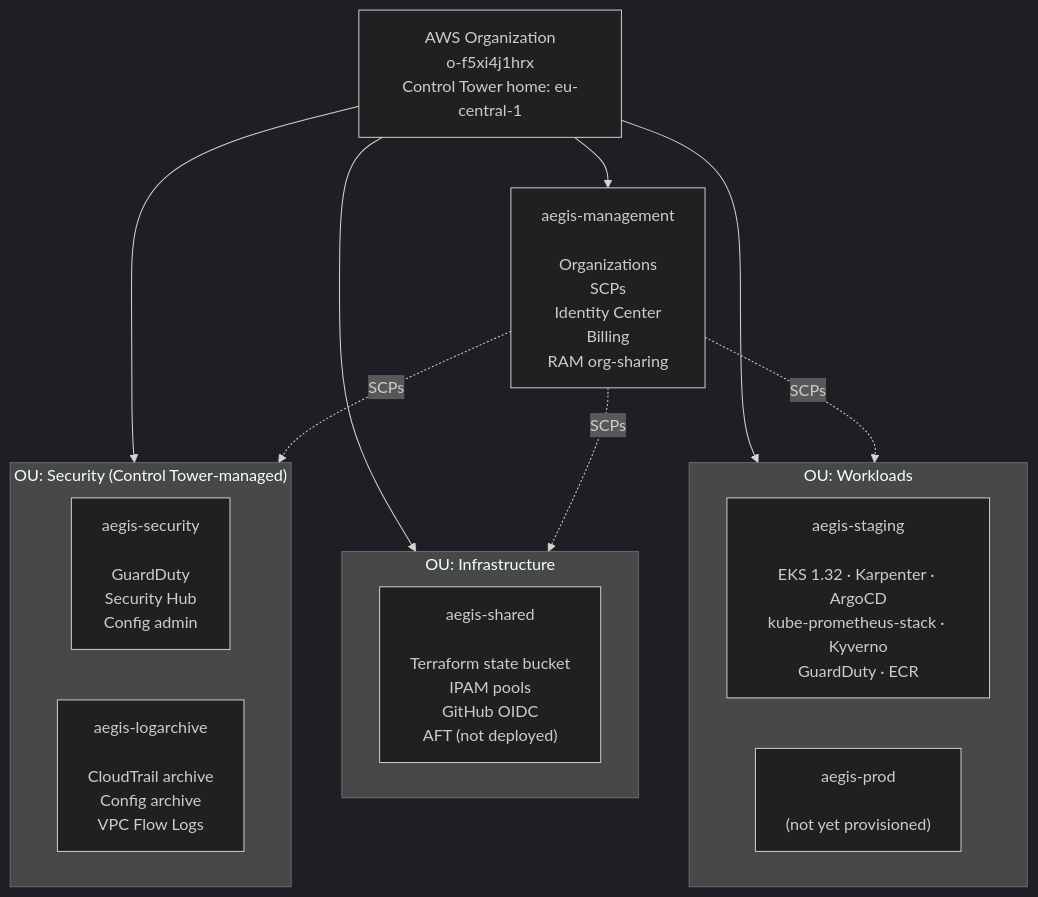
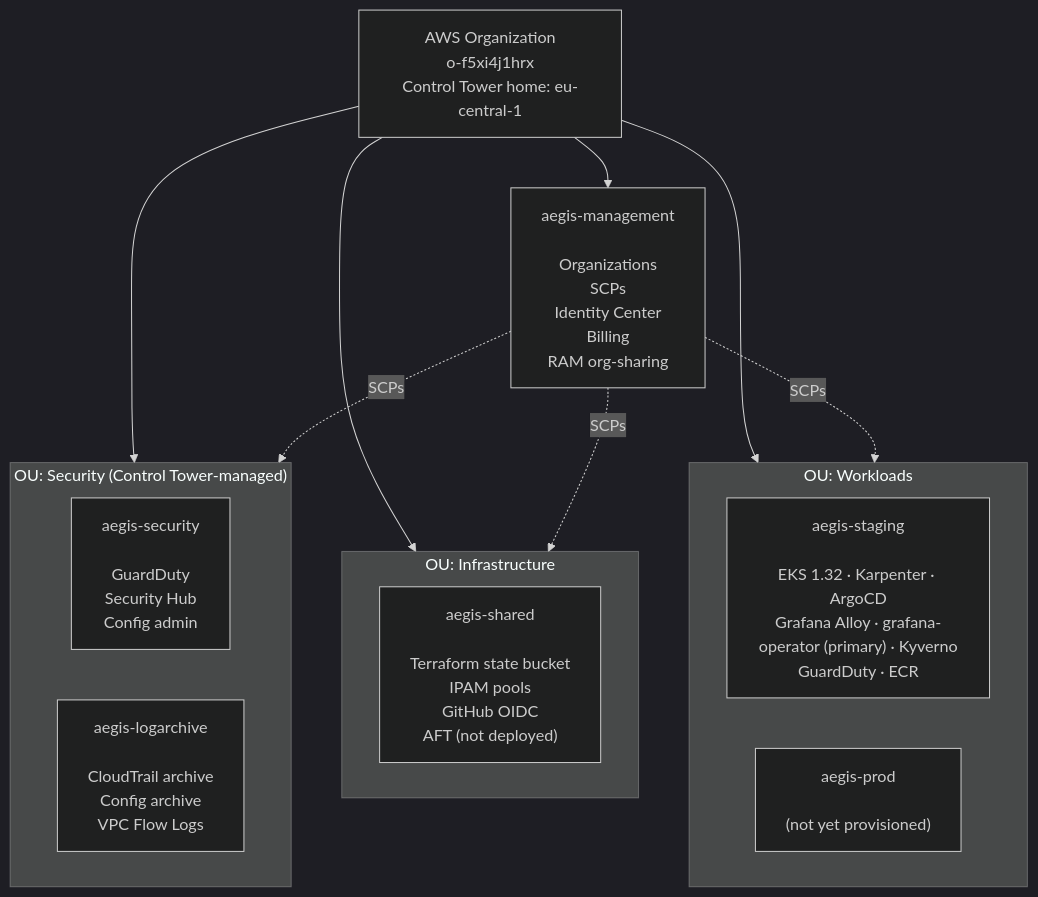
Before and after one commit to BinHsu/aegis-aws-landing-zone: the first of 5 diagrams in docs/architecture.md, drawn with Mermaid (dark theme). The commit also changed 15 other files, not shown here.

````diff
--- a/docs/architecture.md
+++ b/docs/architecture.md
@@ -14,28 +14,28 @@
 ```mermaid
 flowchart TB
   Org["AWS Organization<br/>o-f5xi4j1hrx<br/>Control Tower home: eu-central-1"]
 
   Mgmt["aegis-management<br/><br/>Organizations<br/>SCPs<br/>Identity Center<br/>Billing<br/>RAM org-sharing"]
 
   subgraph Security["OU: Security (Control Tower-managed)"]
     Sec["aegis-security<br/><br/>GuardDuty<br/>Security Hub<br/>Config admin"]
     Log["aegis-logarchive<br/><br/>CloudTrail archive<br/>Config archive<br/>VPC Flow Logs"]
   end
 
   subgraph Infra["OU: Infrastructure"]
     Shared["aegis-shared<br/><br/>Terraform state bucket<br/>IPAM pools<br/>GitHub OIDC<br/>AFT (not deployed)"]
   end
 
   subgraph Work["OU: Workloads"]
-    Stg["aegis-staging<br/><br/>EKS 1.32 · Karpenter · ArgoCD<br/>kube-prometheus-stack · Kyverno<br/>GuardDuty · ECR"]
+    Stg["aegis-staging<br/><br/>EKS 1.32 · Karpenter · ArgoCD<br/>Grafana Alloy · grafana-operator (primary) · Kyverno<br/>GuardDuty · ECR"]
     Prd["aegis-prod<br/><br/>(not yet provisioned)"]
   end
 
   Org --> Mgmt
   Org --> Security
   Org --> Infra
   Org --> Work
   Mgmt -. SCPs .-> Security
   Mgmt -. SCPs .-> Infra
   Mgmt -. SCPs .-> Work
 ```
````
